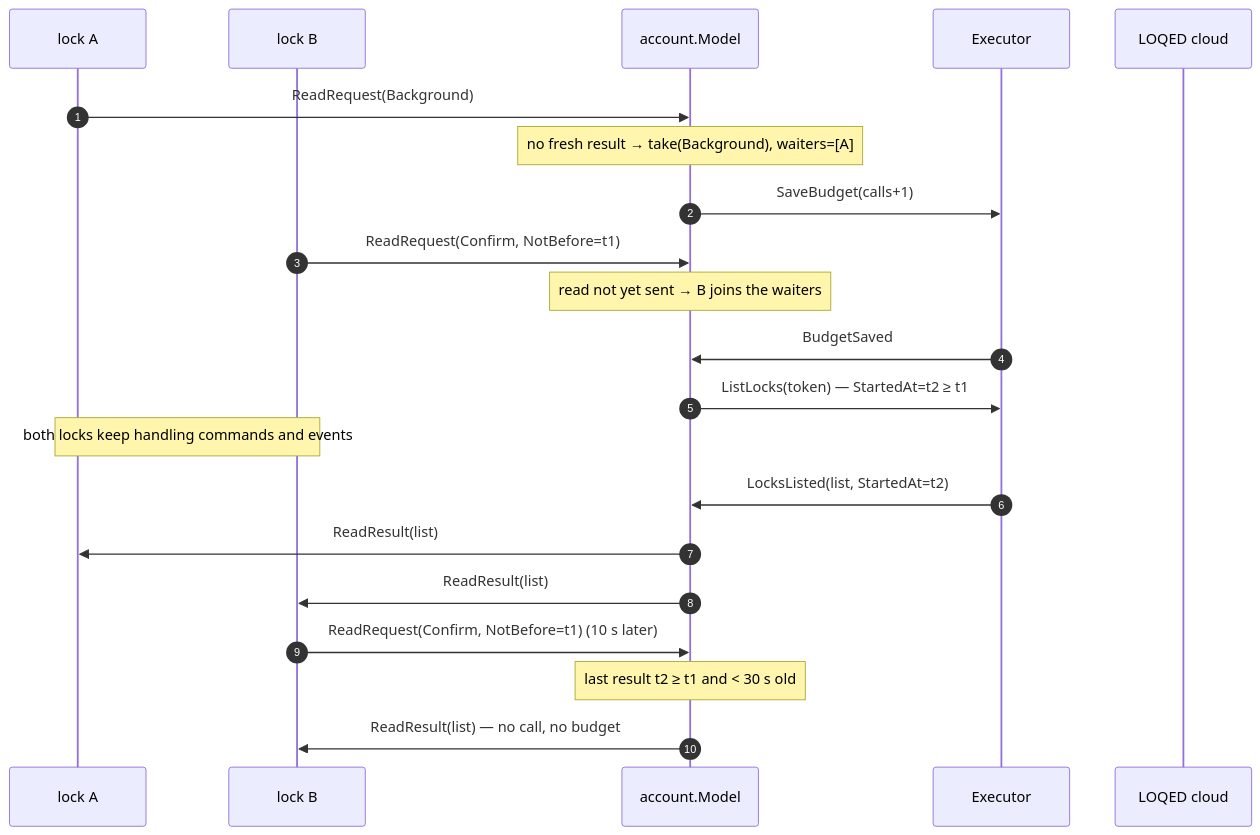
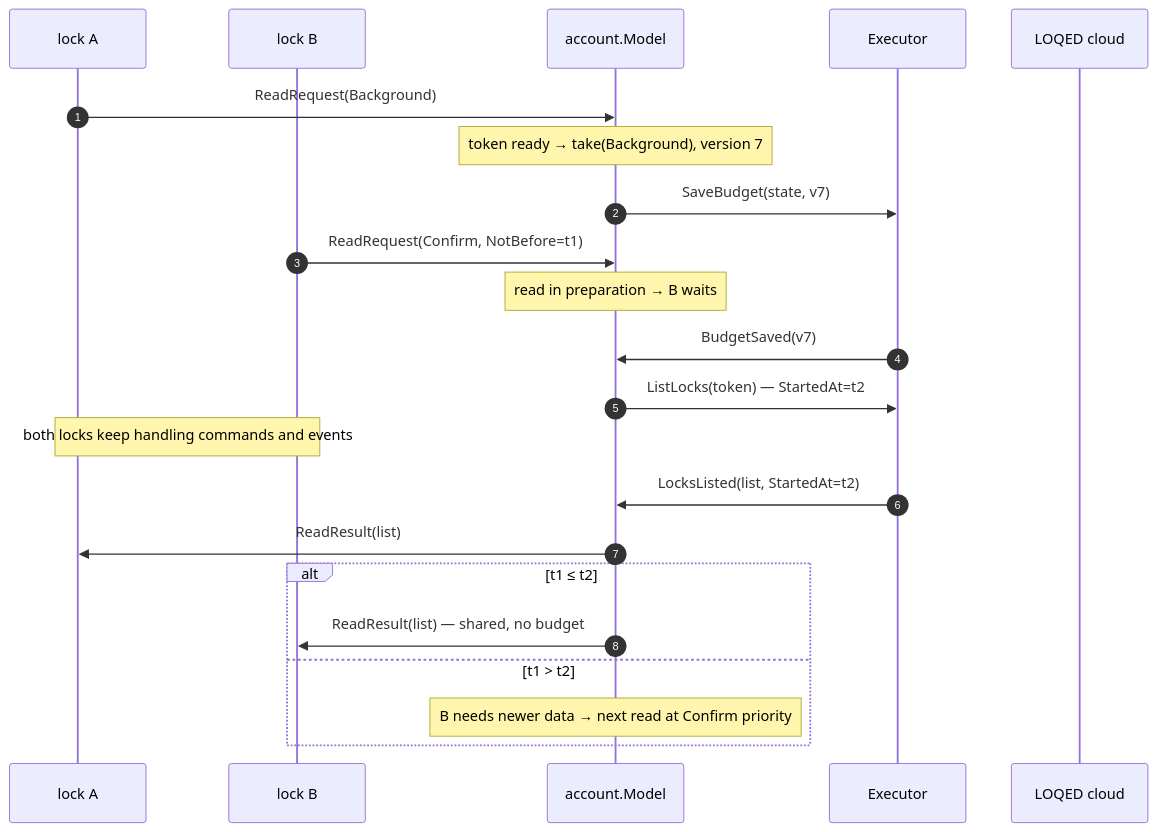
Before and after one commit to t3hk0d3/go-loqed: the fifth of 5 diagrams in docs/superpowers/specs/2026-10-10-elm-architecture-design.md, drawn with Mermaid. The commit also changed other lines of this file, not shown here.

````diff
--- a/docs/superpowers/specs/2026-10-10-elm-architecture-design.md
+++ b/docs/superpowers/specs/2026-10-10-elm-architecture-design.md
@@ -388,24 +410,25 @@
 ```mermaid
 sequenceDiagram
     autonumber
     participant L1 as lock A
     participant L2 as lock B
     participant A as account.Model
     participant X as Executor
     participant C as LOQED cloud
 
     L1->>A: ReadRequest(Background)
-    Note over A: no fresh result → take(Background), waiters=[A]
-    A->>X: SaveBudget(calls+1)
+    Note over A: token ready → take(Background), version 7
+    A->>X: SaveBudget(state, v7)
     L2->>A: ReadRequest(Confirm, NotBefore=t1)
-    Note over A: read not yet sent → B joins the waiters
-    X->>A: BudgetSaved
-    A->>X: ListLocks(token) — StartedAt=t2 ≥ t1
+    Note over A: read in preparation → B waits
+    X->>A: BudgetSaved(v7)
+    A->>X: ListLocks(token) — StartedAt=t2
     Note over L1,L2: both locks keep handling commands and events
     X->>A: LocksListed(list, StartedAt=t2)
     A->>L1: ReadResult(list)
-    A->>L2: ReadResult(list)
-    L2->>A: ReadRequest(Confirm, NotBefore=t1) (10 s later)
-    Note over A: last result t2 ≥ t1 and < 30 s old
-    A->>L2: ReadResult(list) — no call, no budget
+    alt t1 ≤ t2
+        A->>L2: ReadResult(list) — shared, no budget
+    else t1 > t2
+        Note over A: B needs newer data → next read at Confirm priority
+    end
 ```
````
